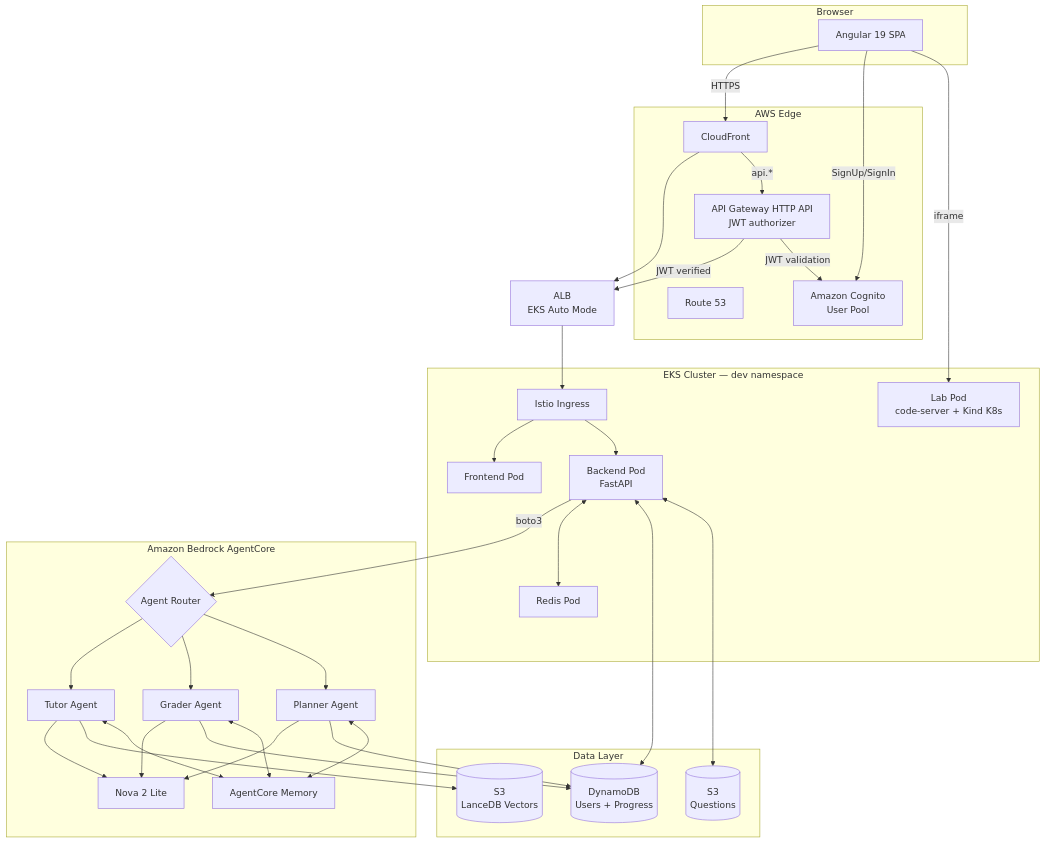
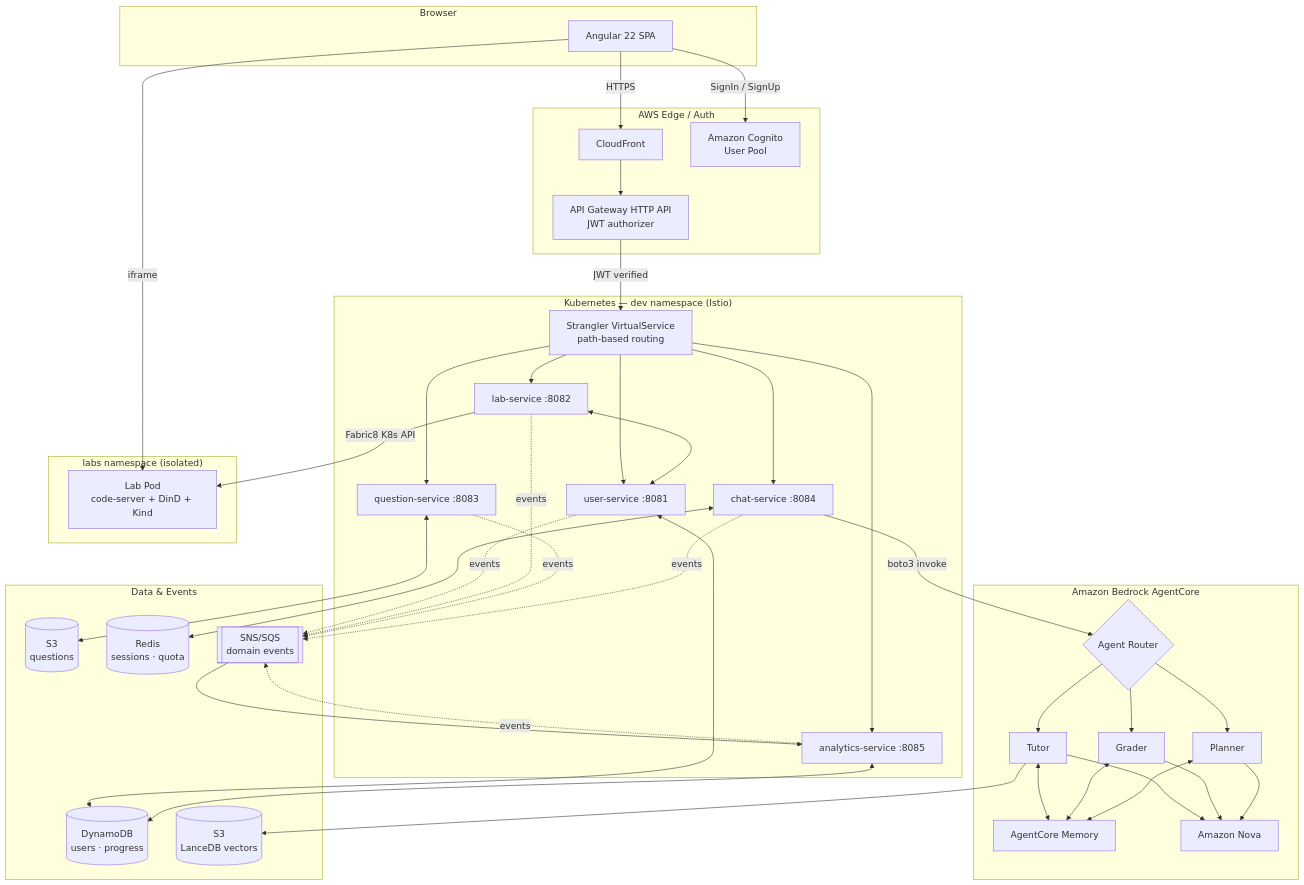
One commit to mohamedsorour1998/RosettaCloud changed the first of 3 diagrams in README.md. Above: the diagram before and after it, drawn with Mermaid. The commit also changed other lines of this file, not shown here.

First line of the commit message:
docs(readme): comprehensive, accurate platform README (functionality, architecture, overall)

````diff
--- a/README.md
+++ b/README.md
@@ -123,58 +83,58 @@
 ```mermaid
 graph TB
     subgraph Client["Browser"]
-        UI[Angular 19 SPA]
+        UI[Angular 22 SPA]
     end
 
-    subgraph CDN["AWS Edge"]
+    subgraph Edge["AWS Edge / Auth"]
         CF[CloudFront]
-        R53[Route 53]
         AGW[API Gateway HTTP API<br/>JWT authorizer]
-        Cognito[Amazon Cognito<br/>User Pool]
+        COG[Amazon Cognito<br/>User Pool]
     end
 
-    subgraph K8S["EKS Cluster — dev namespace"]
-        Istio[Istio Ingress]
-        FE[Frontend Pod]
-        BE[Backend Pod<br/>FastAPI]
-        Redis[Redis Pod]
-        Lab[Lab Pod<br/>code-server + Kind K8s]
+    subgraph Mesh["Kubernetes — dev namespace (Istio)"]
+        VS[Strangler VirtualService<br/>path-based routing]
+        USER[user-service :8081]
+        LAB[lab-service :8082]
+        Q[question-service :8083]
+        CHAT[chat-service :8084]
+        AN[analytics-service :8085]
+    end
+
+    subgraph Labs["labs namespace (isolated)"]
+        POD[Lab Pod<br/>code-server + DinD + Kind]
     end
 
     subgraph AI["Amazon Bedrock AgentCore"]
-        Router{Agent Router}
-        Tutor[Tutor Agent]
-        Grader[Grader Agent]
-        Planner[Planner Agent]
-        Memory[AgentCore Memory]
-        Nova[Nova 2 Lite]
+        RT{Agent Router}
+        TUT[Tutor]
+        GRD[Grader]
+        PLN[Planner]
+        MEM[AgentCore Memory]
+        NOVA[Amazon Nova]
     end
 
-    subgraph Data["Data Layer"]
-        DDB[(DynamoDB<br/>Users + Progress)]
-        S3Q[(S3<br/>Questions)]
-        S3V[(S3<br/>LanceDB Vectors)]
+    subgraph Data["Data & Events"]
+        DDB[(DynamoDB<br/>users · progress)]
+        S3Q[(S3<br/>questions)]
+        S3V[(S3<br/>LanceDB vectors)]
+        REDIS[(Redis<br/>sessions · quota)]
+        SQS[[SNS/SQS<br/>domain events]]
     end
 
-    UI -->|HTTPS| CF
-    CF --> ALB[ALB<br/>EKS Auto Mode]
-    CF -->|api.*| AGW
-    AGW -->|JWT verified| ALB
-    ALB --> Istio
-    Istio --> FE
-    Istio --> BE
-    UI -->|SignUp/SignIn| Cognito
-    AGW -->|JWT validation| Cognito
-    BE -->|boto3| Router
-    BE <--> Redis
-    BE <--> DDB
-    BE <--> S3Q
-    Router --> Tutor
-    Router --> Grader
-    Router --> Planner
-    Tutor & Grader & Planner --> Nova
-    Tutor --> S3V
-    Grader & Planner --> DDB
-    Tutor & Grader & Planner <--> Memory
-    UI -->|iframe| Lab
+    UI -->|HTTPS| CF --> AGW
+    UI -->|SignIn / SignUp| COG
+    AGW -->|JWT verified| VS
+    VS --> USER & LAB & Q & CHAT & AN
+    LAB -->|Fabric8 K8s API| POD
+    UI -->|iframe| POD
+    CHAT -->|boto3 invoke| RT
+    RT --> TUT & GRD & PLN --> NOVA
+    TUT --> S3V
+    TUT & GRD & PLN <--> MEM
+    USER & AN <--> DDB
+    Q <--> S3Q
+    CHAT <--> REDIS
+    LAB <--> USER
+    USER & LAB & Q & CHAT & AN -.events.-> SQS --> AN
 ```
````
